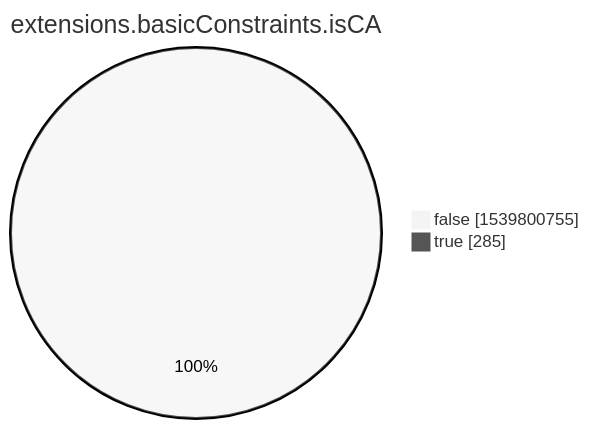
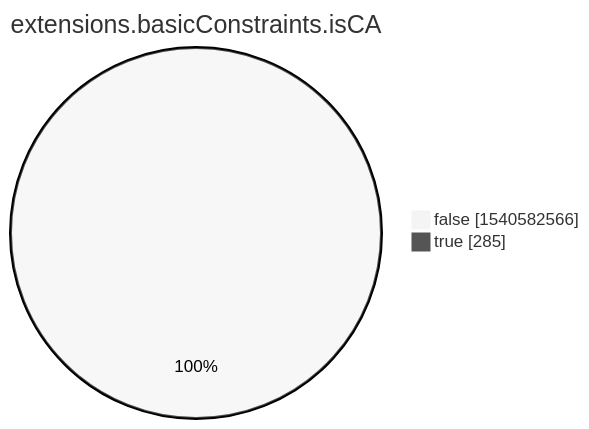
The eighth of 15 diagrams in xenon2022/README.md (christiankrug/ctmonitor_visualization), drawn with Mermaid (neutral theme) before and after one commit. The commit also changed other lines of this file, not shown here.

````diff
--- a/xenon2022/README.md
+++ b/xenon2022/README.md
@@ -2857,6 +2859,6 @@
 ```mermaid
 pie showData
 title extensions.basicConstraints.isCA
-"false" :1539800755
+"false" :1540582566
 "true" :285
 ```
````
